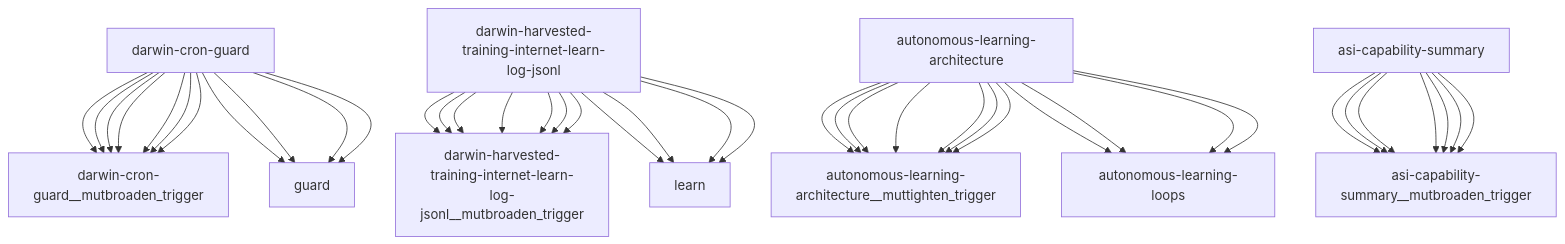
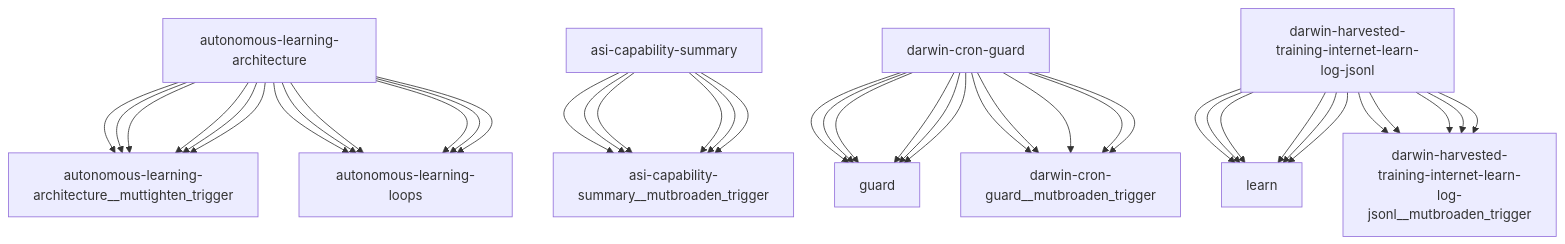
Before and after one commit to openamer/openamer: the diagram in reports/darwin-report.md, drawn with Mermaid. The commit also changed other lines of this file and 9 other files, not shown here.

````diff
--- a/reports/darwin-report.md
+++ b/reports/darwin-report.md
@@ -74,43 +74,43 @@
 ```mermaid
 graph TD
+    autonomous-learning-architecture["autonomous-learning-architecture"] --> autonomous-learning-architecture__muttighten_trigger["autonomous-learning-architecture__muttighten_trigger"]
+    asi-capability-summary["asi-capability-summary"] --> asi-capability-summary__mutbroaden_trigger["asi-capability-summary__mutbroaden_trigger"]
+    darwin-cron-guard["darwin-cron-guard"] --> guard["guard"]
+    darwin-harvested-training-internet-learn-log-jsonl["darwin-harvested-training-internet-learn-log-jsonl"] --> learn["learn"]
+    autonomous-learning-architecture["autonomous-learning-architecture"] --> autonomous-learning-loops["autonomous-learning-loops"]
     darwin-cron-guard["darwin-cron-guard"] --> darwin-cron-guard__mutbroaden_trigger["darwin-cron-guard__mutbroaden_trigger"]
     darwin-harvested-training-internet-learn-log-jsonl["darwin-harvested-training-internet-learn-log-jsonl"] --> darwin-harvested-training-internet-learn-log-jsonl__mutbroaden_trigger["darwin-harvested-training-internet-learn-log-jsonl__mutbroaden_trigger"]
     autonomous-learning-architecture["autonomous-learning-architecture"] --> autonomous-learning-architecture__muttighten_trigger["autonomous-learning-architecture__muttighten_trigger"]
     asi-capability-summary["asi-capability-summary"] --> asi-capability-summary__mutbroaden_trigger["asi-capability-summary__mutbroaden_trigger"]
-    darwin-cron-guard["darwin-cron-guard"] --> darwin-cron-guard__mutbroaden_trigger["darwin-cron-guard__mutbroaden_trigger"]
-    darwin-harvested-training-internet-learn-log-jsonl["darwin-harvested-training-internet-learn-log-jsonl"] --> darwin-harvested-training-internet-learn-log-jsonl__mutbroaden_trigger["darwin-harvested-training-internet-learn-log-jsonl__mutbroaden_trigger"]
-    autonomous-learning-architecture["autonomous-learning-architecture"] --> autonomous-learning-architecture__muttighten_trigger["autonomous-learning-architecture__muttighten_trigger"]
-    asi-capability-summary["asi-capability-summary"] --> asi-capability-summary__mutbroaden_trigger["asi-capability-summary__mutbroaden_trigger"]
-    darwin-cron-guard["darwin-cron-guard"] --> darwin-cron-guard__mutbroaden_trigger["darwin-cron-guard__mutbroaden_trigger"]
-    darwin-harvested-training-internet-learn-log-jsonl["darwin-harvested-training-internet-learn-log-jsonl"] --> darwin-harvested-training-internet-learn-log-jsonl__mutbroaden_trigger["darwin-harvested-training-internet-learn-log-jsonl__mutbroaden_trigger"]
-    autonomous-learning-architecture["autonomous-learning-architecture"] --> autonomous-learning-architecture__muttighten_trigger["autonomous-learning-architecture__muttighten_trigger"]
-    asi-capability-summary["asi-capability-summary"] --> asi-capability-summary__mutbroaden_trigger["asi-capability-summary__mutbroaden_trigger"]
+    darwin-cron-guard["darwin-cron-guard"] --> guard["guard"]
+    darwin-harvested-training-internet-learn-log-jsonl["darwin-harvested-training-internet-learn-log-jsonl"] --> learn["learn"]
+    autonomous-learning-architecture["autonomous-learning-architecture"] --> autonomous-learning-loops["autonomous-learning-loops"]
     darwin-cron-guard["darwin-cron-guard"] --> darwin-cron-guard__mutbroaden_trigger["darwin-cron-guard__mutbroaden_trigger"]
     darwin-harvested-training-internet-learn-log-jsonl["darwin-harvested-training-internet-learn-log-jsonl"] --> darwin-harvested-training-internet-learn-log-jsonl__mutbroaden_trigger["darwin-harvested-training-internet-learn-log-jsonl__mutbroaden_trigger"]
     autonomous-learning-architecture["autonomous-learning-architecture"] --> autonomous-learning-architecture__muttighten_trigger["autonomous-learning-architecture__muttighten_trigger"]
     asi-capability-summary["asi-capability-summary"] --> asi-capability-summary__mutbroaden_trigger["asi-capability-summary__mutbroaden_trigger"]
     darwin-cron-guard["darwin-cron-guard"] --> guard["guard"]
     darwin-harvested-training-internet-learn-log-jsonl["darwin-harvested-training-internet-learn-log-jsonl"] --> learn["learn"]
     autonomous-learning-architecture["autonomous-learning-architecture"] --> autonomous-learning-loops["autonomous-learning-loops"]
     darwin-cron-guard["darwin-cron-guard"] --> darwin-cron-guard__mutbroaden_trigger["darwin-cron-guard__mutbroaden_trigger"]
     darwin-harvested-training-internet-learn-log-jsonl["darwin-harvested-training-internet-learn-log-jsonl"] --> darwin-harvested-training-internet-learn-log-jsonl__mutbroaden_trigger["darwin-harvested-training-internet-learn-log-jsonl__mutbroaden_trigger"]
     autonomous-learning-architecture["autonomous-learning-architecture"] --> autonomous-learning-architecture__muttighten_trigger["autonomous-learning-architecture__muttighten_trigger"]
     asi-capability-summary["asi-capability-summary"] --> asi-capability-summary__mutbroaden_trigger["asi-capability-summary__mutbroaden_trigger"]
     darwin-cron-guard["darwin-cron-guard"] --> guard["guard"]
     darwin-harvested-training-internet-learn-log-jsonl["darwin-harvested-training-internet-learn-log-jsonl"] --> learn["learn"]
     autonomous-learning-architecture["autonomous-learning-architecture"] --> autonomous-learning-loops["autonomous-learning-loops"]
     darwin-cron-guard["darwin-cron-guard"] --> darwin-cron-guard__mutbroaden_trigger["darwin-cron-guard__mutbroaden_trigger"]
     darwin-harvested-training-internet-learn-log-jsonl["darwin-harvested-training-internet-learn-log-jsonl"] --> darwin-harvested-training-internet-learn-log-jsonl__mutbroaden_trigger["darwin-harvested-training-internet-learn-log-jsonl__mutbroaden_trigger"]
     autonomous-learning-architecture["autonomous-learning-architecture"] --> autonomous-learning-architecture__muttighten_trigger["autonomous-learning-architecture__muttighten_trigger"]
     asi-capability-summary["asi-capability-summary"] --> asi-capability-summary__mutbroaden_trigger["asi-capability-summary__mutbroaden_trigger"]
     darwin-cron-guard["darwin-cron-guard"] --> guard["guard"]
     darwin-harvested-training-internet-learn-log-jsonl["darwin-harvested-training-internet-learn-log-jsonl"] --> learn["learn"]
     autonomous-learning-architecture["autonomous-learning-architecture"] --> autonomous-learning-loops["autonomous-learning-loops"]
     darwin-cron-guard["darwin-cron-guard"] --> darwin-cron-guard__mutbroaden_trigger["darwin-cron-guard__mutbroaden_trigger"]
     darwin-harvested-training-internet-learn-log-jsonl["darwin-harvested-training-internet-learn-log-jsonl"] --> darwin-harvested-training-internet-learn-log-jsonl__mutbroaden_trigger["darwin-harvested-training-internet-learn-log-jsonl__mutbroaden_trigger"]
     autonomous-learning-architecture["autonomous-learning-architecture"] --> autonomous-learning-architecture__muttighten_trigger["autonomous-learning-architecture__muttighten_trigger"]
     asi-capability-summary["asi-capability-summary"] --> asi-capability-summary__mutbroaden_trigger["asi-capability-summary__mutbroaden_trigger"]
     darwin-cron-guard["darwin-cron-guard"] --> guard["guard"]
     darwin-harvested-training-internet-learn-log-jsonl["darwin-harvested-training-internet-learn-log-jsonl"] --> learn["learn"]
     autonomous-learning-architecture["autonomous-learning-architecture"] --> autonomous-learning-loops["autonomous-learning-loops"]
 ```
````
